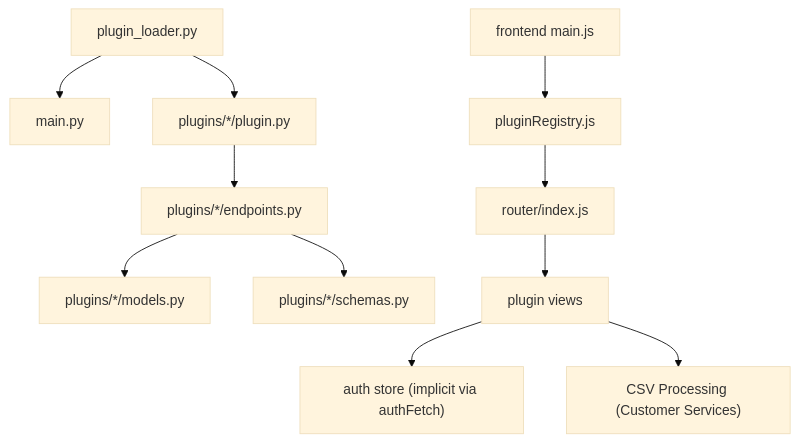
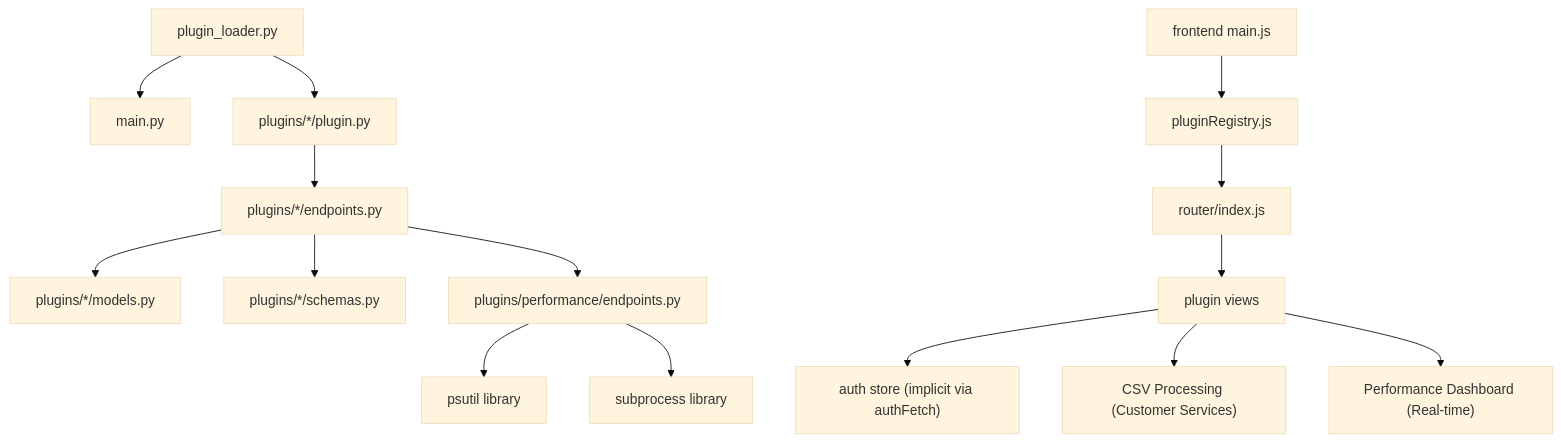
Diagram 22 of 22 in .qoder/repowiki/en/content/Plugin System Architecture/Plugin System Architecture.md (Nikita5543/New-SSO-02), drawn with Mermaid (base theme) before and after one commit. The commit also changed other lines of this file and 7 other files, not shown here.

````diff
--- a/.qoder/repowiki/en/content/Plugin System Architecture/Plugin System Architecture.md
+++ b/.qoder/repowiki/en/content/Plugin System Architecture/Plugin System Architecture.md
@@ -526,13 +790,17 @@
 ```mermaid
 graph TB
 Loader["plugin_loader.py"] --> App["main.py"]
 Loader --> PM["plugins/*/plugin.py"]
 PM --> PR["plugins/*/endpoints.py"]
 PR --> Models["plugins/*/models.py"]
 PR --> Schemas["plugins/*/schemas.py"]
+PR --> PerfEndpoints["plugins/performance/endpoints.py"]
+PerfEndpoints --> Psutil["psutil library"]
+PerfEndpoints --> Subprocess["subprocess library"]
 FE_Main["frontend main.js"] --> FE_Reg["pluginRegistry.js"]
 FE_Reg --> FE_Router["router/index.js"]
 FE_Router --> FE_Views["plugin views"]
 FE_Views --> Auth["auth store (implicit via authFetch)"]
 FE_Views --> CSV["CSV Processing (Customer Services)"]
+FE_Views --> PerfView["Performance Dashboard (Real-time)"]
 ```
````
